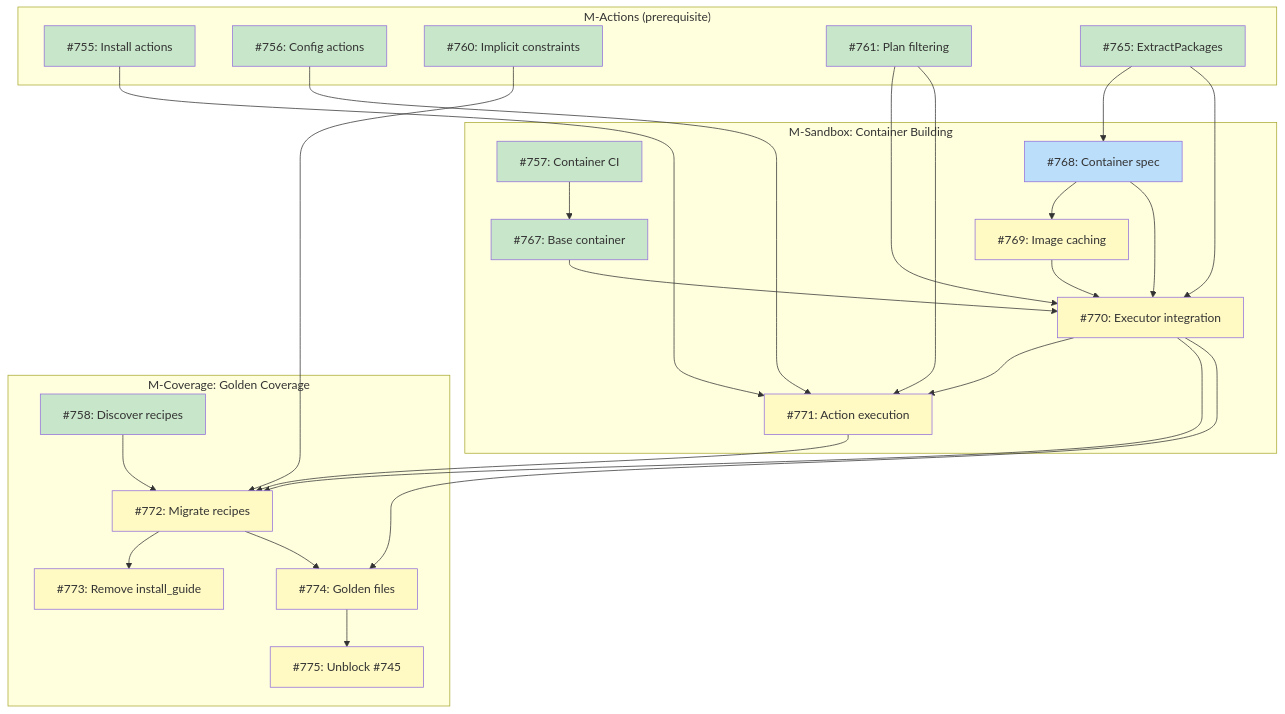
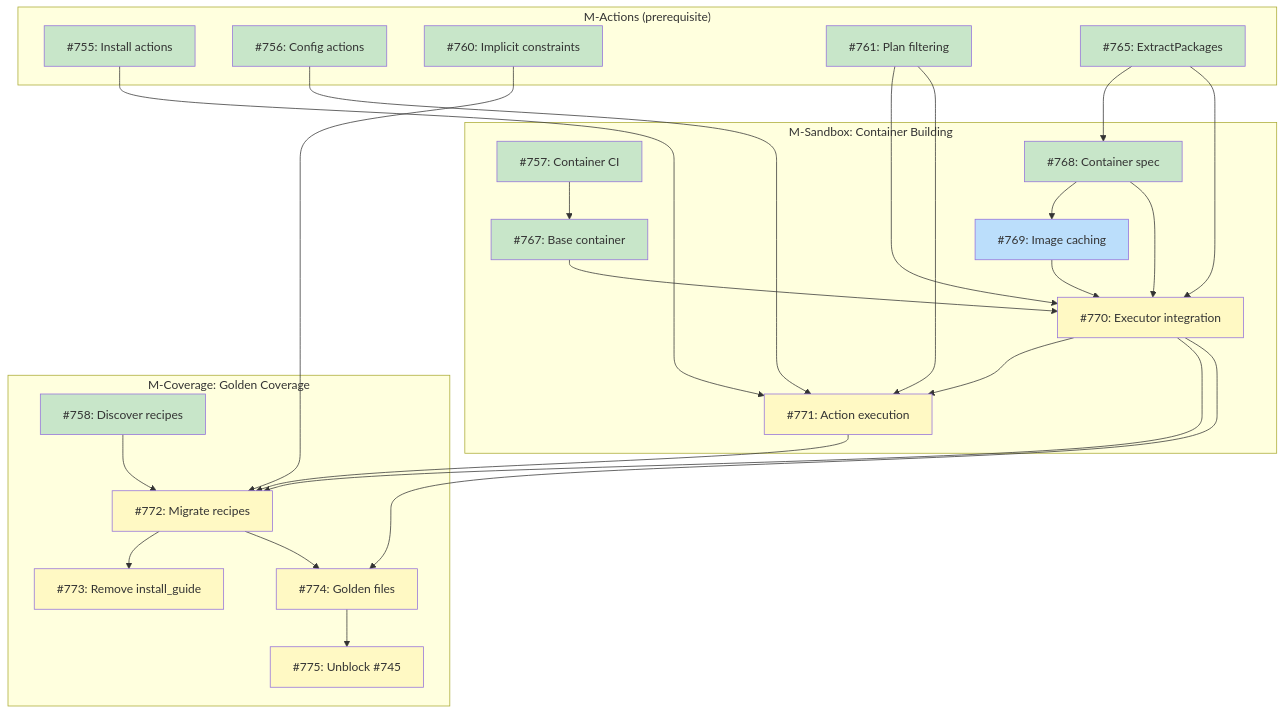
Before and after one commit to tsukumogami/tsuku: the diagram in docs/DESIGN-structured-install-guide.md, drawn with Mermaid. The commit also changed 2 other files, not shown here.

Commit message:
feat(sandbox): implement container spec derivation (#797)
Implements DeriveContainerSpec() that maps package requirements to
container specifications for building test environments. The function
infers linux_family from package managers (apt→debian, dnf→rhel, etc.),
selects base images, and generates Dockerfile RUN commands. Validates
package manager compatibility and returns errors for incompatible
combinations.

````diff
--- a/docs/DESIGN-structured-install-guide.md
+++ b/docs/DESIGN-structured-install-guide.md
@@ -32,57 +32,57 @@
 ```mermaid
 graph TD
     subgraph Actions["M-Actions (prerequisite)"]
         I755["#755: Install actions"]
         I756["#756: Config actions"]
         I760["#760: Implicit constraints"]
         I761["#761: Plan filtering"]
         I765["#765: ExtractPackages"]
     end
 
     subgraph Sandbox["M-Sandbox: Container Building"]
         I757["#757: Container CI"]
         I767["#767: Base container"]
         I768["#768: Container spec"]
         I769["#769: Image caching"]
         I770["#770: Executor integration"]
         I771["#771: Action execution"]
     end
 
     subgraph Coverage["M-Coverage: Golden Coverage"]
         I758["#758: Discover recipes"]
         I772["#772: Migrate recipes"]
         I773["#773: Remove install_guide"]
         I774["#774: Golden files"]
         I775["#775: Unblock #745"]
     end
 
     I757 --> I767
     I765 --> I768
     I768 --> I769
     I761 --> I770
     I767 --> I770
     I768 --> I770
     I769 --> I770
     I765 --> I770
     I755 --> I771
     I756 --> I771
     I770 --> I771
     I761 --> I771
     I758 --> I772
     I770 --> I772
     I771 --> I772
     I760 --> I772
     I772 --> I773
     I772 --> I774
     I770 --> I774
     I774 --> I775
 
     classDef done fill:#c8e6c9
     classDef ready fill:#bbdefb
     classDef blocked fill:#fff9c4
     classDef needsDesign fill:#e1bee7
 
-    class I755,I756,I757,I758,I760,I761,I765,I767 done
-    class I768 ready
-    class I769,I770,I771,I772,I773,I774,I775 blocked
+    class I755,I756,I757,I758,I760,I761,I765,I767,I768 done
+    class I769 ready
+    class I770,I771,I772,I773,I774,I775 blocked
 ```
````
